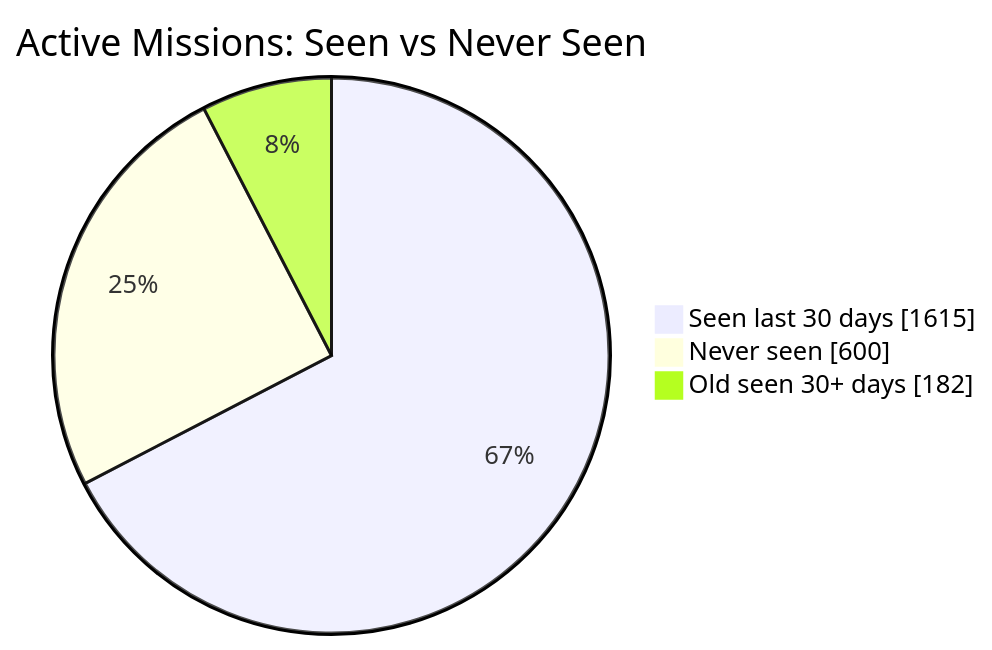
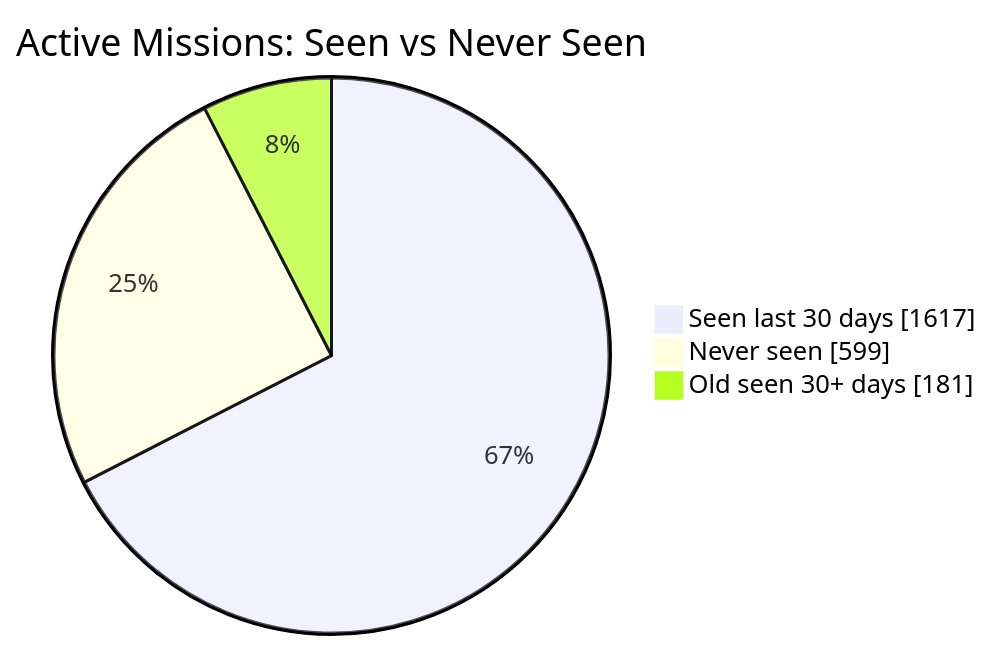
One commit to MeldkamerspelGameTeam/active-missions changed the first of 2 diagrams in README.md. Above: the diagram before and after it, drawn with Mermaid. The commit also changed other lines of this file and 3 other files, not shown here.

````diff
--- a/README.md
+++ b/README.md
@@ -34,7 +34,7 @@
 ```mermaid
 pie showData
     title Active Missions: Seen vs Never Seen
-    "Seen last 30 days" : 1615
-    "Never seen" : 600
-    "Old seen 30+ days" : 182
+    "Seen last 30 days" : 1617
+    "Never seen" : 599
+    "Old seen 30+ days" : 181
 ```
````
